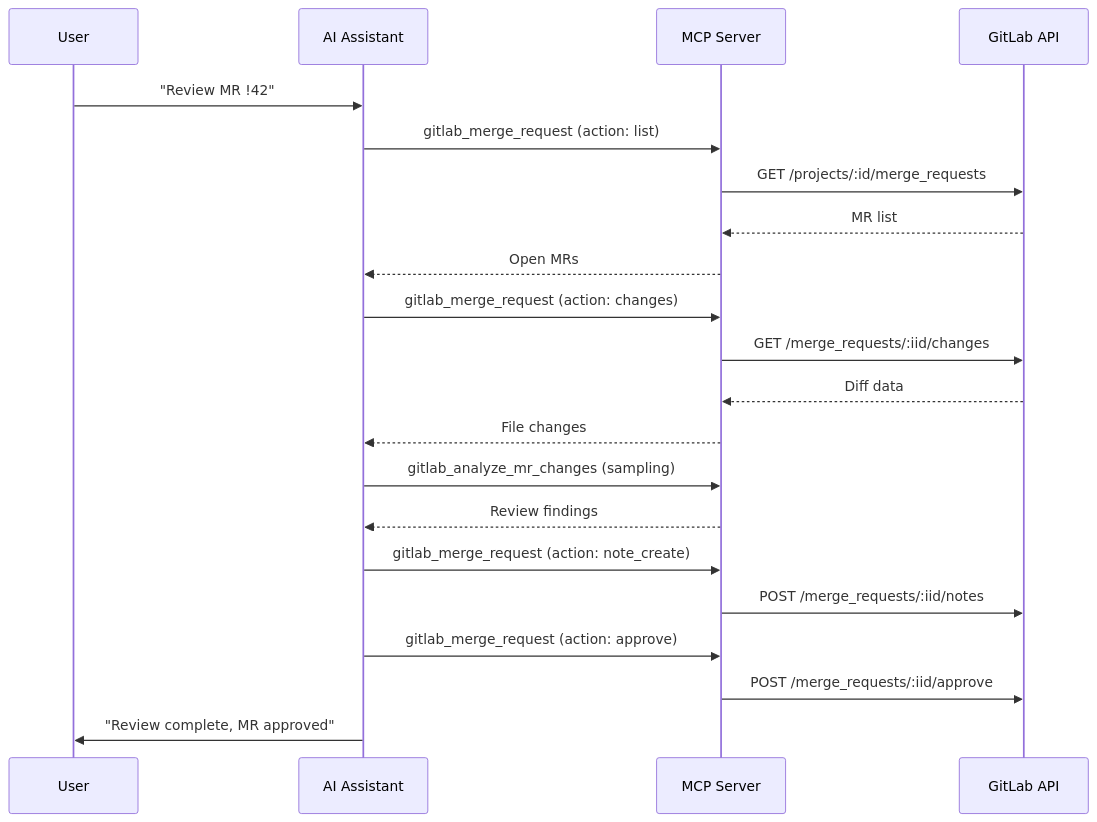
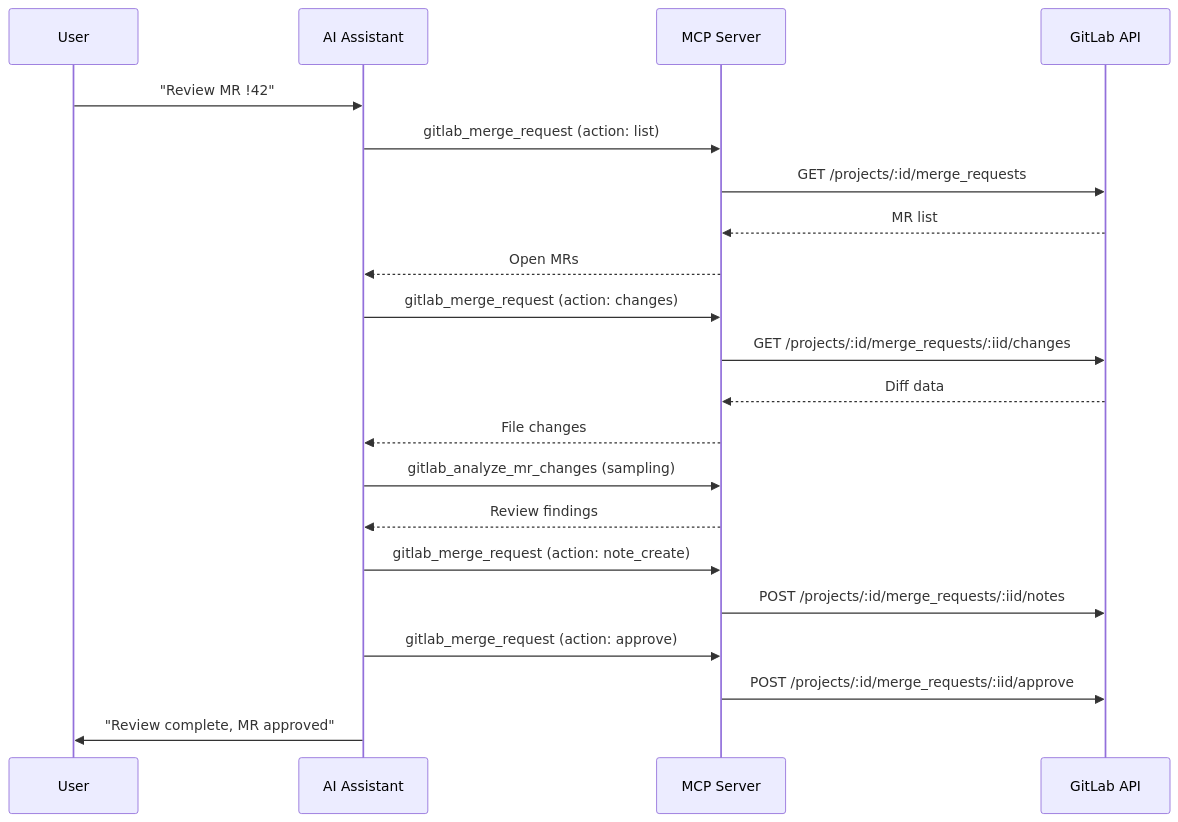
The diagram in site/src/content/docs/examples/code-review-workflows.mdx (jmrplens/gitlab-mcp-server), drawn with Mermaid before and after one commit. The commit also changed 18 other files, not shown here.

````diff
--- a/site/src/content/docs/examples/code-review-workflows.mdx
+++ b/site/src/content/docs/examples/code-review-workflows.mdx
@@ -30,24 +30,24 @@
 ```mermaid
 sequenceDiagram
     participant U as User
     participant AI as AI Assistant
     participant MCP as MCP Server
     participant GL as GitLab API
 
     U->>AI: "Review MR !42"
     AI->>MCP: gitlab_merge_request (action: list)
     MCP->>GL: GET /projects/:id/merge_requests
     GL-->>MCP: MR list
     MCP-->>AI: Open MRs
     AI->>MCP: gitlab_merge_request (action: changes)
-    MCP->>GL: GET /merge_requests/:iid/changes
+    MCP->>GL: GET /projects/:id/merge_requests/:iid/changes
     GL-->>MCP: Diff data
     MCP-->>AI: File changes
     AI->>MCP: gitlab_analyze_mr_changes (sampling)
     MCP-->>AI: Review findings
     AI->>MCP: gitlab_merge_request (action: note_create)
-    MCP->>GL: POST /merge_requests/:iid/notes
+    MCP->>GL: POST /projects/:id/merge_requests/:iid/notes
     AI->>MCP: gitlab_merge_request (action: approve)
-    MCP->>GL: POST /merge_requests/:iid/approve
+    MCP->>GL: POST /projects/:id/merge_requests/:iid/approve
     AI->>U: "Review complete, MR approved"
 ```
````
